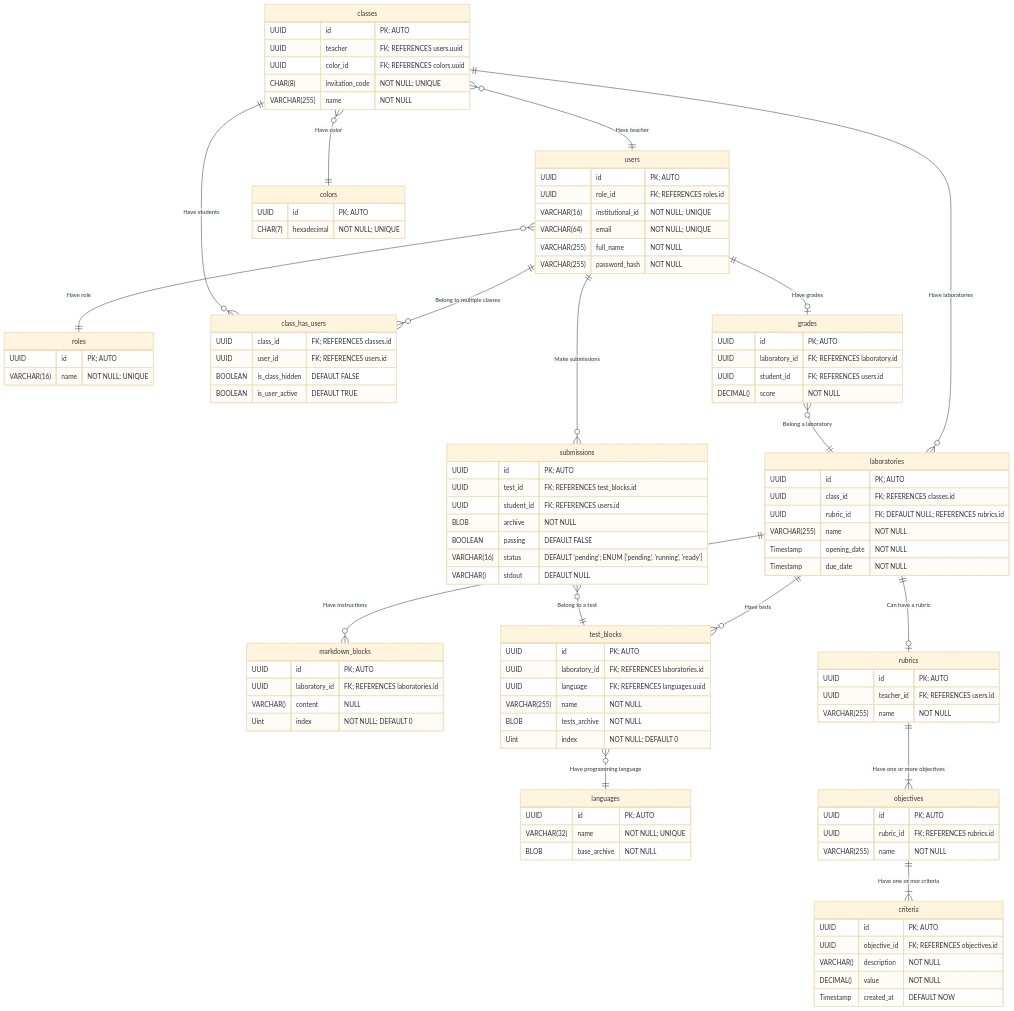
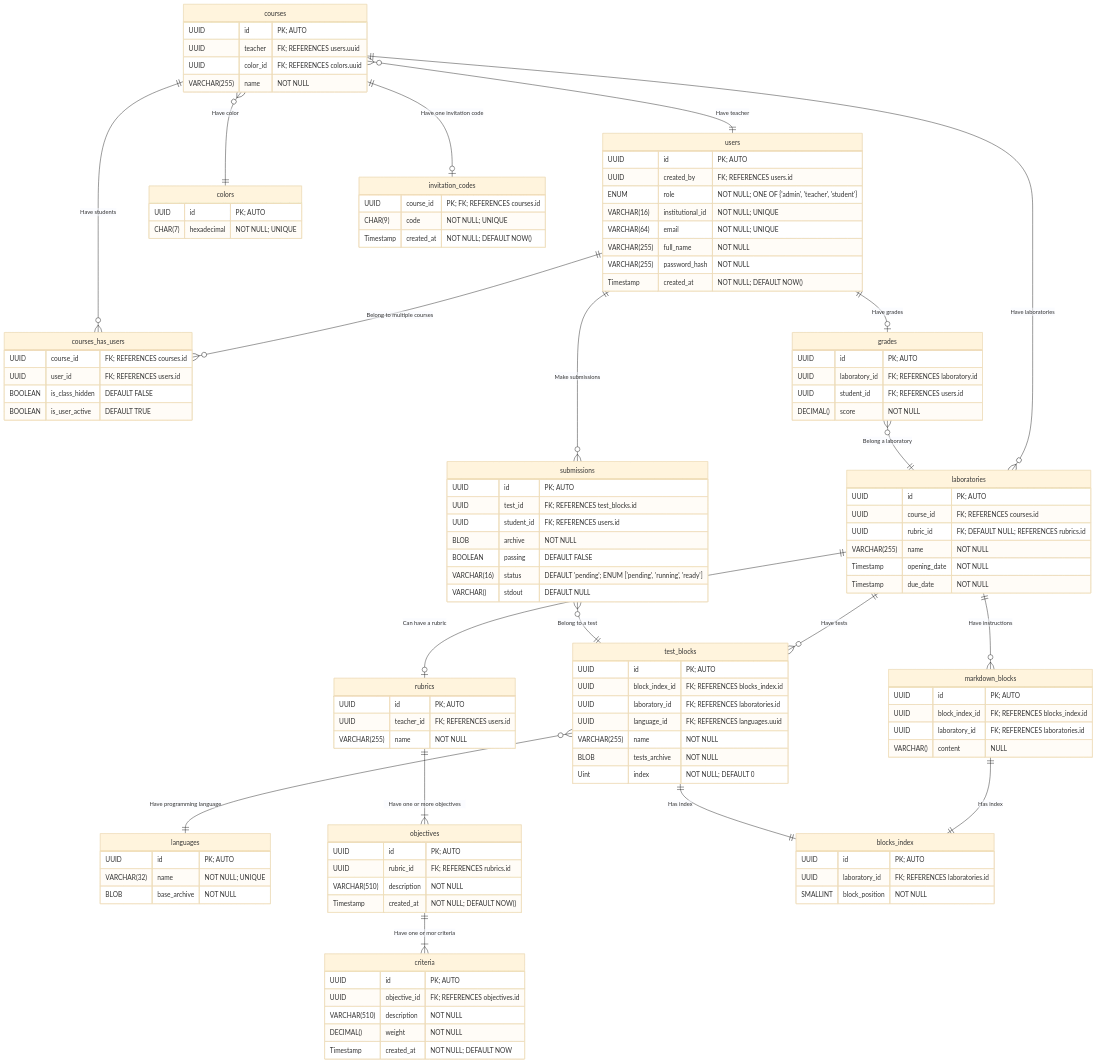
The diagram in database/diagram.md (upb-code-labs/docs), drawn with Mermaid (base theme) before and after one commit.

Commit message:
docs: Update `blocks` tables and remove `roles` table

````diff
--- a/database/diagram.md
+++ b/database/diagram.md
@@ -3,14 +3,14 @@
 ```mermaid
 erDiagram
-    users }o--|| roles:                 "Have role"
-    users ||--o{ class_has_users:       "Belong to multiple classes"
+    users ||--o{ courses_has_users:       "Belong to multiple courses"
     users ||--o{ submissions:           "Make submissions"
     users ||--o| grades:                "Have grades"
 
-    classes }o--|| users:               "Have teacher"
-    classes }o--|| colors:              "Have color"
-    classes ||--o{ class_has_users:     "Have students"
-    classes ||--o{ laboratories:        "Have laboratories"
+    courses }o--|| users:               "Have teacher"
+    courses }o--|| colors:              "Have color"
+    courses ||--o{ courses_has_users:     "Have students"
+    courses ||--o{ laboratories:        "Have laboratories"
+    courses ||--o|  invitation_codes:   "Have one invitation code"
 
     laboratories ||--o{ markdown_blocks:    "Have instructions"
     laboratories ||--o{ test_blocks:        "Have tests"
@@ -24,26 +24,31 @@
     rubrics ||--|{	objectives:         "Have one or more objectives"
     objectives ||--|{ criteria:         "Have one or mor criteria"
 
-	roles {
-        UUID            id          "PK; AUTO"
-        VARCHAR(16)     name        "NOT NULL; UNIQUE"
-    }
+    markdown_blocks ||--|| blocks_index:    "Has index"
+    test_blocks ||--|| blocks_index:        "Has index"
 
     users {
         UUID            id                  "PK; AUTO"
-        UUID            role_id             "FK; REFERENCES roles.id"
+        UUID            created_by          "FK; REFERENCES users.id"
+        ENUM            role                "NOT NULL; ONE OF {'admin', 'teacher', 'student'}"
         VARCHAR(16)     institutional_id    "NOT NULL; UNIQUE"
         VARCHAR(64)     email               "NOT NULL; UNIQUE"
         VARCHAR(255)    full_name           "NOT NULL"
         VARCHAR(255)    password_hash       "NOT NULL"
+        Timestamp       created_at          "NOT NULL; DEFAULT NOW()"
     }
 
-    classes {
+    courses {
         UUID            id                  "PK; AUTO"
         UUID            teacher             "FK; REFERENCES users.uuid"
         UUID            color_id            "FK; REFERENCES colors.uuid"
-        CHAR(8)         invitation_code     "NOT NULL; UNIQUE"
         VARCHAR(255)    name                "NOT NULL"
+    }
+
+    invitation_codes {
+        UUID            course_id           "PK; FK; REFERENCES courses.id"
+        CHAR(9)         code                "NOT NULL; UNIQUE"
+        Timestamp       created_at          "NOT NULL; DEFAULT NOW()"
     }
 
     colors {
@@ -51,8 +56,8 @@
         CHAR(7)     hexadecimal     "NOT NULL; UNIQUE"
     }
 
-    class_has_users {
-        UUID        class_id            "FK; REFERENCES classes.id"
+    courses_has_users {
+        UUID        course_id            "FK; REFERENCES courses.id"
         UUID        user_id             "FK; REFERENCES users.id"
         BOOLEAN     is_class_hidden     "DEFAULT FALSE"
         BOOLEAN     is_user_active      "DEFAULT TRUE"
@@ -60,24 +65,31 @@
 
     laboratories {
         UUID                id              "PK; AUTO"
-        UUID                class_id        "FK; REFERENCES classes.id"
+        UUID                course_id        "FK; REFERENCES courses.id"
         UUID                rubric_id       "FK; DEFAULT NULL; REFERENCES rubrics.id"
         VARCHAR(255)        name            "NOT NULL"
         Timestamp           opening_date    "NOT NULL"
         Timestamp           due_date        "NOT NULL"
     }
 
+    blocks_index {
+        UUID            id                  "PK; AUTO"
+        UUID            laboratory_id       "FK; REFERENCES laboratories.id"
+        SMALLINT        block_position      "NOT NULL"
+    }
+
     markdown_blocks {
         UUID            id              "PK; AUTO"
+        UUID            block_index_id  "FK; REFERENCES blocks_index.id"
         UUID            laboratory_id   "FK; REFERENCES laboratories.id"
         VARCHAR()       content         "NULL"
-        Uint            index           "NOT NULL; DEFAULT 0"
     }
 
     test_blocks {
         UUID            id              "PK; AUTO"
+        UUID            block_index_id  "FK; REFERENCES blocks_index.id"
         UUID            laboratory_id   "FK; REFERENCES laboratories.id"
-        UUID            language        "FK; REFERENCES languages.uuid"
+        UUID            language_id     "FK; REFERENCES languages.uuid"
         VARCHAR(255)    name            "NOT NULL"
         BLOB            tests_archive   "NOT NULL"
         Uint            index           "NOT NULL; DEFAULT 0"
@@ -108,15 +120,16 @@
     objectives {
         UUID            id              "PK; AUTO"
         UUID            rubric_id       "FK; REFERENCES rubrics.id"
-        VARCHAR(255)    name            "NOT NULL"
+        VARCHAR(510)    description     "NOT NULL"
+        Timestamp       created_at      "NOT NULL; DEFAULT NOW()"
     }
 
     criteria {
         UUID                id              "PK; AUTO"
         UUID                objective_id    "FK; REFERENCES objectives.id"
-        VARCHAR()           description     "NOT NULL"
-        DECIMAL()           value           "NOT NULL"
-        Timestamp   created_at      "DEFAULT NOW"
+        VARCHAR(510)        description     "NOT NULL"
+        DECIMAL()           weight          "NOT NULL"
+        Timestamp   created_at              "NOT NULL; DEFAULT NOW"
     }
 
     grades {
````
